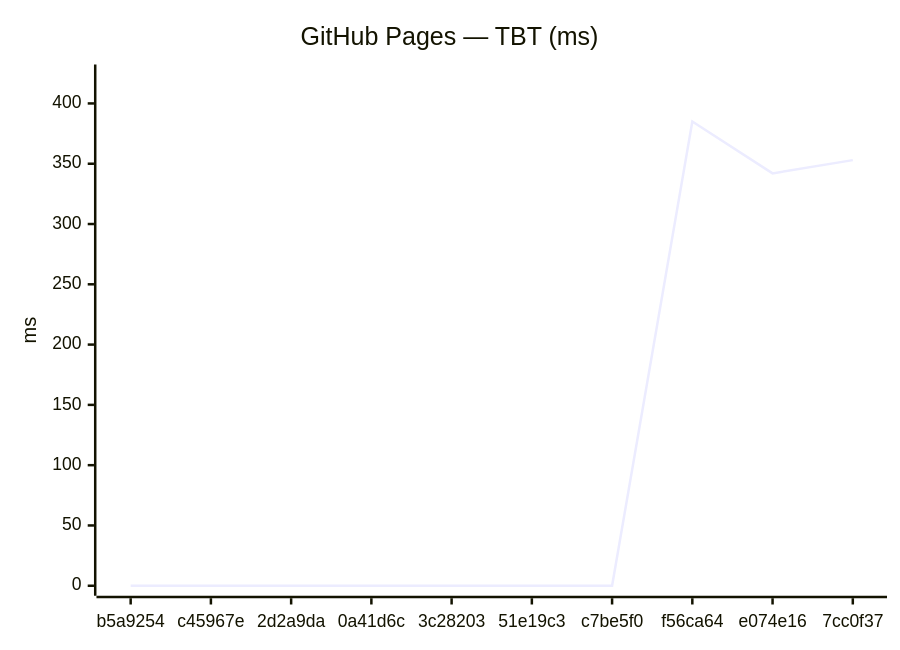
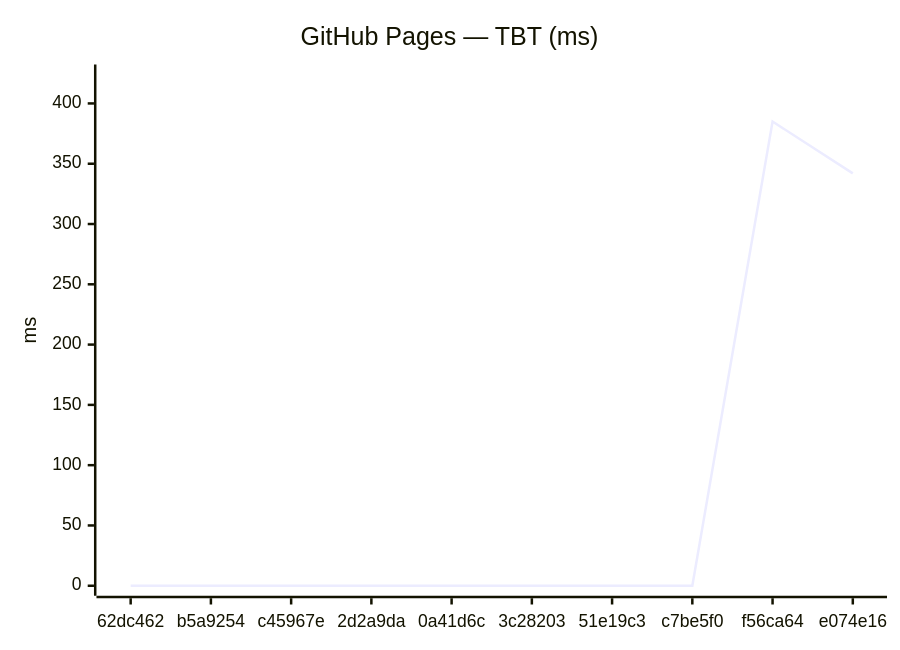
Before and after one commit to Metaheurist/Rianell: the fourth of 18 diagrams in benchmarks/compare.md, drawn with Mermaid. The commit also changed other lines of this file and 11 other files, not shown here.

````diff
--- a/benchmarks/compare.md
+++ b/benchmarks/compare.md
@@ -61,7 +61,7 @@
 ```mermaid
 xychart-beta
     title "GitHub Pages — TBT (ms)"
-    x-axis ["b5a9254", "c45967e", "2d2a9da", "0a41d6c", "3c28203", "51e19c3", "c7be5f0", "f56ca64", "e074e16", "7cc0f37"]
+    x-axis ["62dc462", "b5a9254", "c45967e", "2d2a9da", "0a41d6c", "3c28203", "51e19c3", "c7be5f0", "f56ca64", "e074e16"]
     y-axis "ms" 0 --> 424
-    line [0, 0, 0, 0, 0, 0, 0, 385, 342, 353]
+    line [0, 0, 0, 0, 0, 0, 0, 0, 385, 342]
 ```
````
